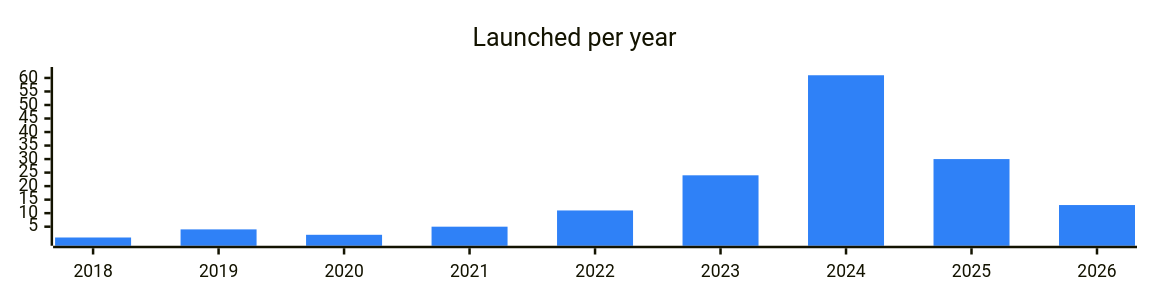
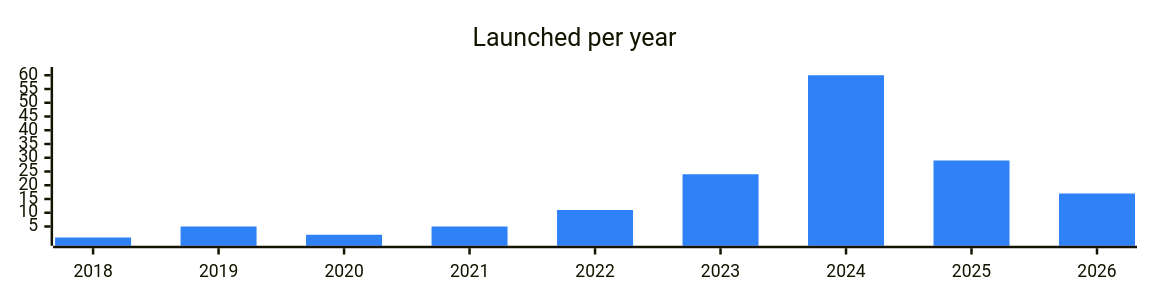
One commit to vitalikgpt/gram-ecosystem changed the diagram in categories/analytics.md. Above: the diagram before and after it, drawn with Mermaid. The commit also changed other lines of this file and 69 other files, not shown here.

````diff
--- a/categories/analytics.md
+++ b/categories/analytics.md
@@ -7,7 +7,7 @@
 ```mermaid
 %%{init: {"xyChart": {"width": 900, "height": 220}, "themeVariables": {"xyChart": {"plotColorPalette": "#2f81f7"}}}}%%
 xychart-beta
   title "Launched per year"
   x-axis ["2018", "2019", "2020", "2021", "2022", "2023", "2024", "2025", "2026"]
-  bar [1, 4, 2, 5, 11, 24, 61, 30, 13]
+  bar [1, 5, 2, 5, 11, 24, 60, 29, 17]
 ```
````
